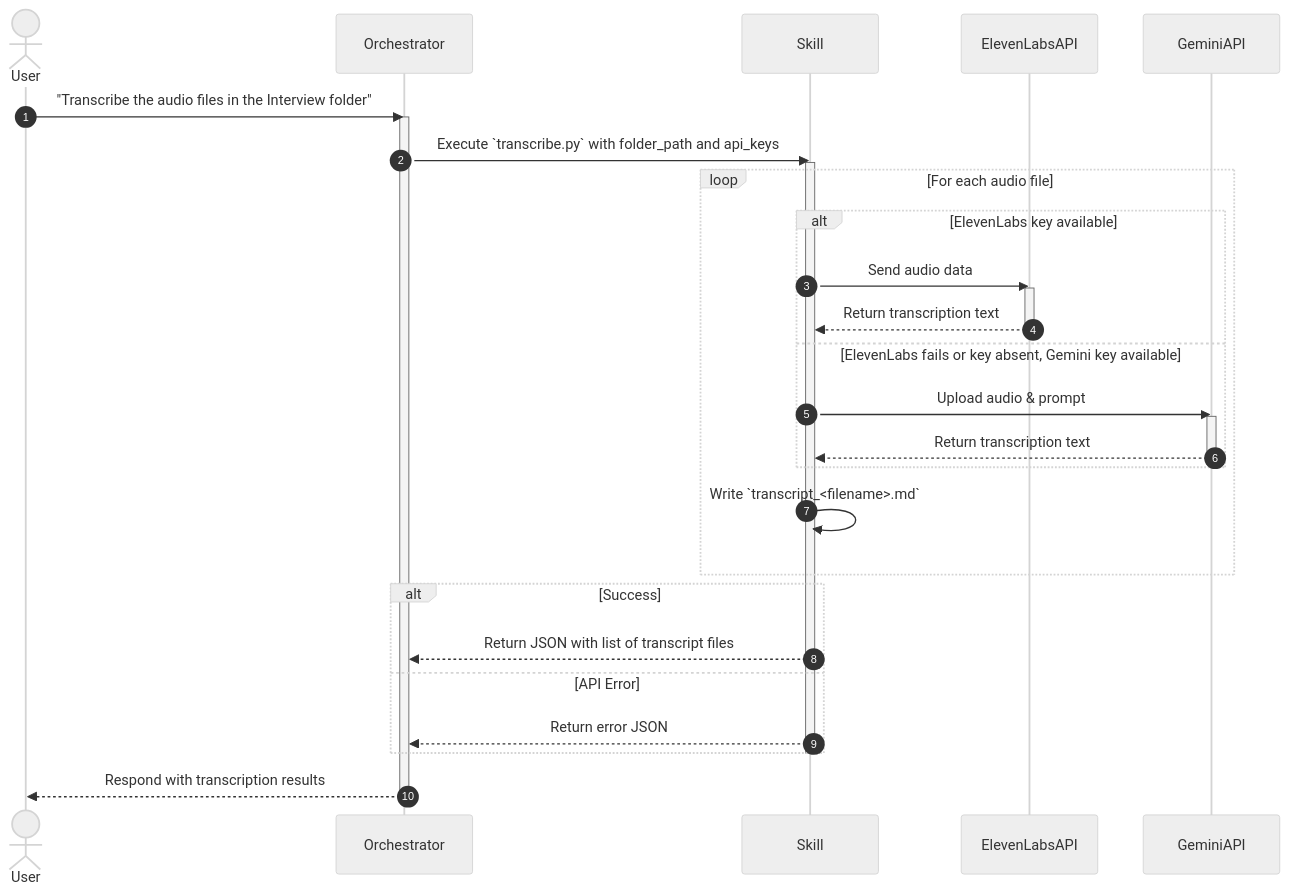
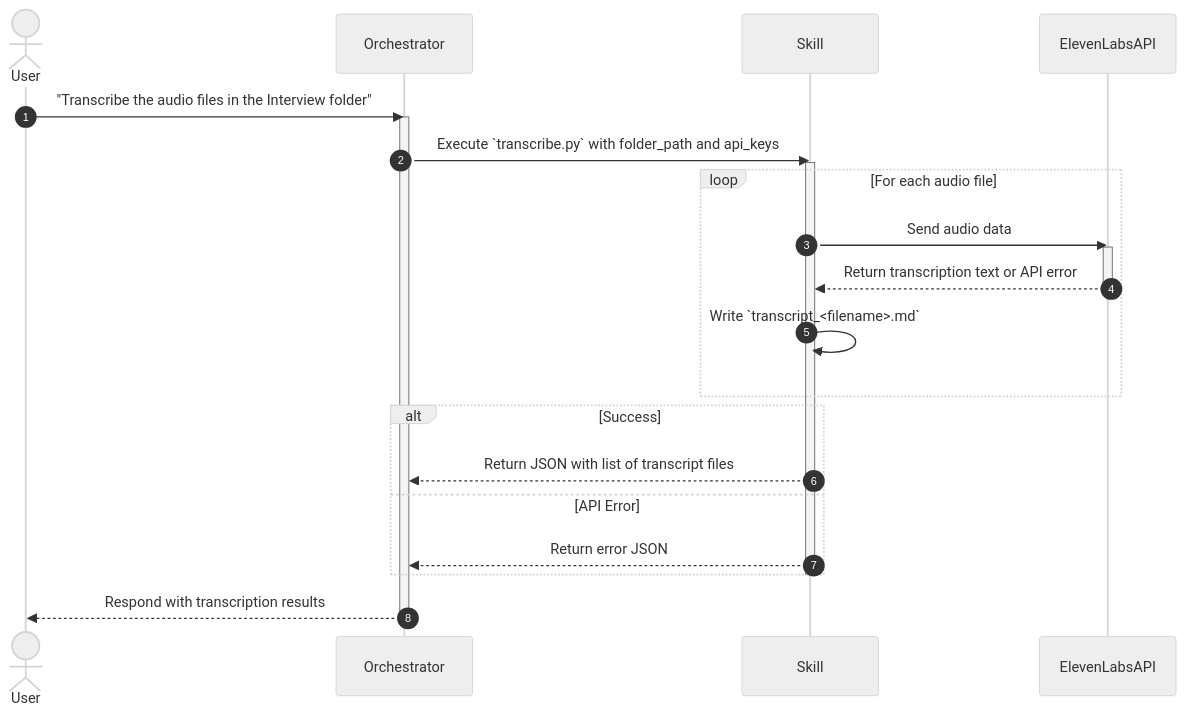
The diagram in .agents/workflows/ux-interview/skills/transcribe-audios/SKILL.md (nguyenlamhai89/UX-Agent), drawn with Mermaid (neutral theme) before and after one commit. The commit also changed other lines of this file and 6 other files, not shown here.

Commit message:
update: use ElevenLabs-only transcription

````diff
--- a/.agents/workflows/ux-interview/skills/transcribe-audios/SKILL.md
+++ b/.agents/workflows/ux-interview/skills/transcribe-audios/SKILL.md
@@ -119,40 +127,32 @@
 ```mermaid
 sequenceDiagram
     autonumber
     actor User
     participant Orchestrator
     participant Skill
     participant ElevenLabsAPI
-    participant GeminiAPI
 
     User->>Orchestrator: "Transcribe the audio files in the Interview folder"
     activate Orchestrator
     
     Orchestrator->>Skill: Execute `transcribe.py` with folder_path and api_keys
     activate Skill
     
     loop For each audio file
-        alt ElevenLabs key available
-            Skill->>ElevenLabsAPI: Send audio data
-            activate ElevenLabsAPI
-            ElevenLabsAPI-->>Skill: Return transcription text
-            deactivate ElevenLabsAPI
-        else ElevenLabs fails or key absent, Gemini key available
-            Skill->>GeminiAPI: Upload audio & prompt
-            activate GeminiAPI
-            GeminiAPI-->>Skill: Return transcription text
-            deactivate GeminiAPI
-        end
+        Skill->>ElevenLabsAPI: Send audio data
+        activate ElevenLabsAPI
+        ElevenLabsAPI-->>Skill: Return transcription text or API error
+        deactivate ElevenLabsAPI
         Skill->>Skill: Write `transcript_<filename>.md`
     end
     
     alt Success
         Skill-->>Orchestrator: Return JSON with list of transcript files
     else API Error
         Skill-->>Orchestrator: Return error JSON
     end
     deactivate Skill
     
     Orchestrator-->>User: Respond with transcription results
     deactivate Orchestrator
 ```
````
